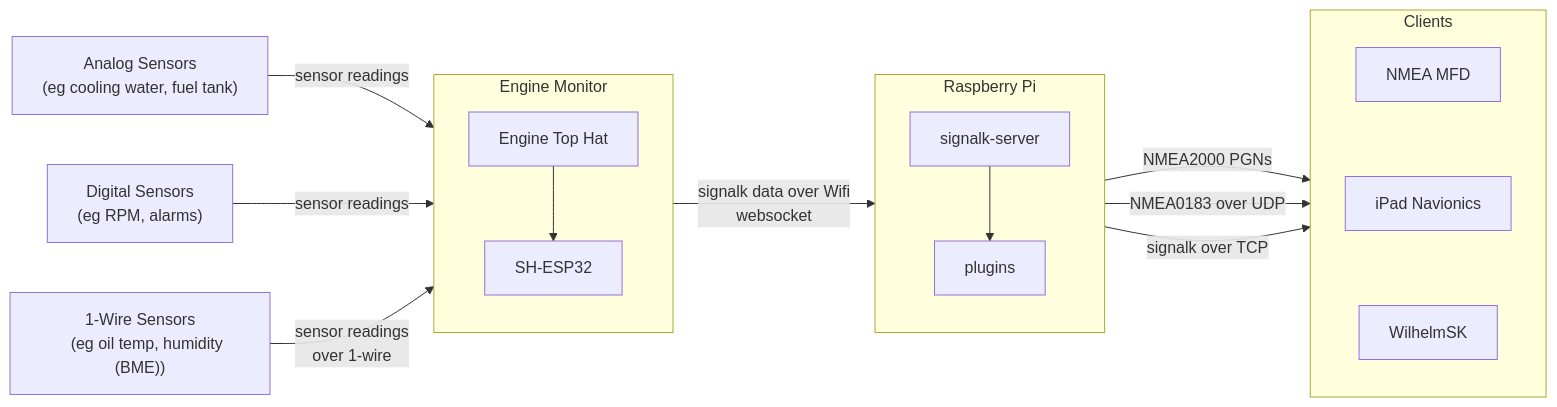
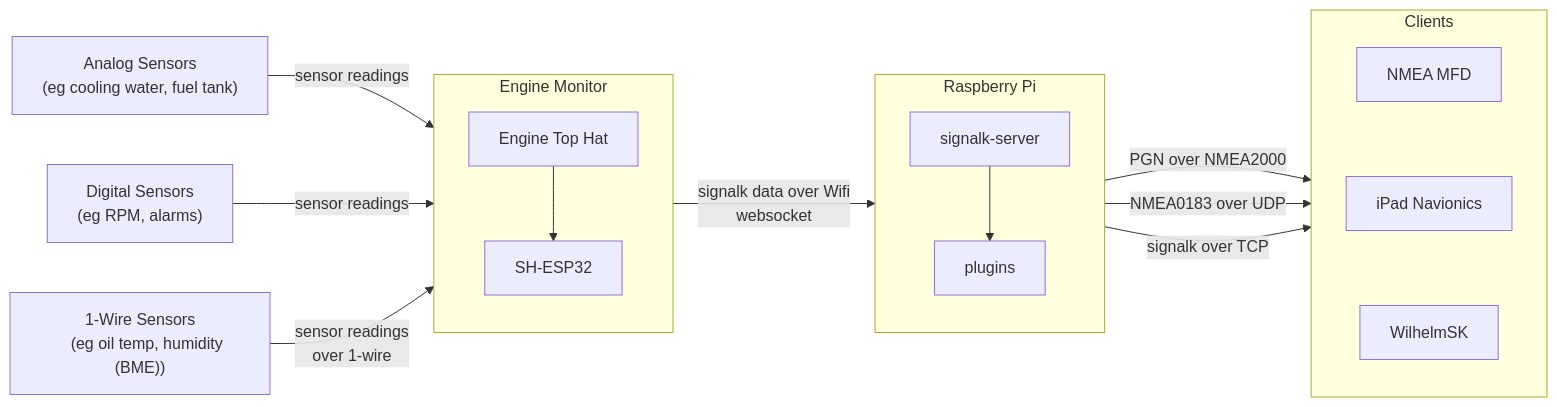
The diagram in README.md (bhavers/sh-esp32-engine-hat), drawn with Mermaid before and after one commit.

Commit message:
PGN change

````diff
--- a/README.md
+++ b/README.md
@@ -8,29 +8,29 @@
 ```mermaid
 flowchart LR
     subgraph enginemonitor[Engine Monitor]
         direction TB
         hat["Engine Top Hat"] --> shesp32[SH-ESP32]
     end
     subgraph boatserver["Raspberry Pi"]
         direction TB
         signalkserver["signalk-server"] --> plugin[plugins]
     end
     subgraph clients["Clients"]
         direction TB
         n2kclient["NMEA MFD"] ~~~
         udpclient["iPad Navionics"] ~~~
         signalkclient["WilhelmSK"]
     end
     analog["Analog Sensors
     (eg cooling water, fuel tank)"] -->|sensor readings| enginemonitor
     digital["Digital Sensors
     (eg RPM, alarms)"] -->|sensor readings| enginemonitor
     1wire["1-Wire Sensors
     (eg oil temp, humidity (BME))"] -->|sensor readings
     over 1-wire| enginemonitor
     enginemonitor  -->|signalk data over Wifi
     websocket| boatserver
-    boatserver -->|NMEA2000 PGNs| clients
+    boatserver -->|PGN over NMEA2000| clients
     boatserver -->|NMEA0183 over UDP| clients
     boatserver -->|signalk over TCP| clients
 ```
````
